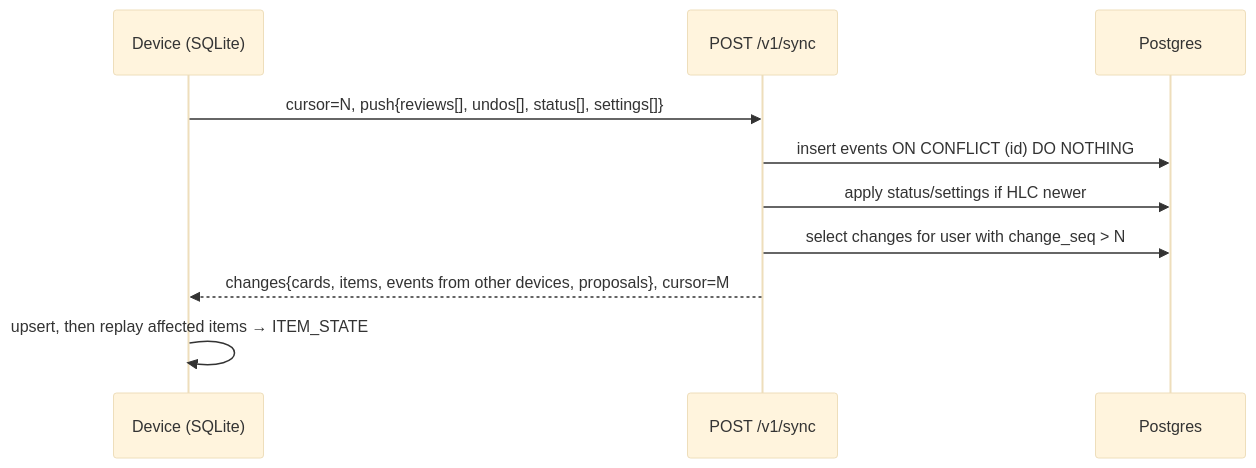
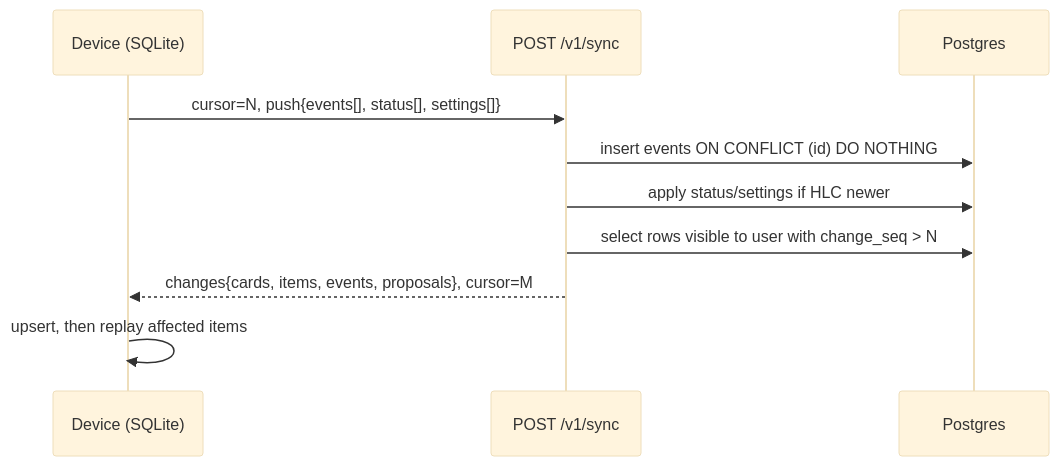
The second of 2 diagrams in plans/08-website-and-backend.md (cameronvoell/uplink), drawn with Mermaid (base theme) before and after one commit. The commit also changed other lines of this file and 2 other files, not shown here.

Commit message:
Review plan 08: sync cursor cannot skip in-flight rows, cards keyed per deck, re-check AuthKit, Better Auth, Zero, PowerSync and Apple 4.8, schema to appendix, trim to 247 lines

````diff
--- a/plans/08-website-and-backend.md
+++ b/plans/08-website-and-backend.md
@@ -219,12 +133,12 @@
 ```mermaid
 sequenceDiagram
   participant D as Device (SQLite)
   participant API as POST /v1/sync
   participant PG as Postgres
-  D->>API: cursor=N, push{reviews[], undos[], status[], settings[]}
+  D->>API: cursor=N, push{events[], status[], settings[]}
   API->>PG: insert events ON CONFLICT (id) DO NOTHING
   API->>PG: apply status/settings if HLC newer
-  API->>PG: select changes for user with change_seq > N
-  API-->>D: changes{cards, items, events from other devices, proposals}, cursor=M
-  D->>D: upsert, then replay affected items → ITEM_STATE
+  API->>PG: select rows visible to user with change_seq > N
+  API-->>D: changes{cards, items, events, proposals}, cursor=M
+  D->>D: upsert, then replay affected items
 ```
````
